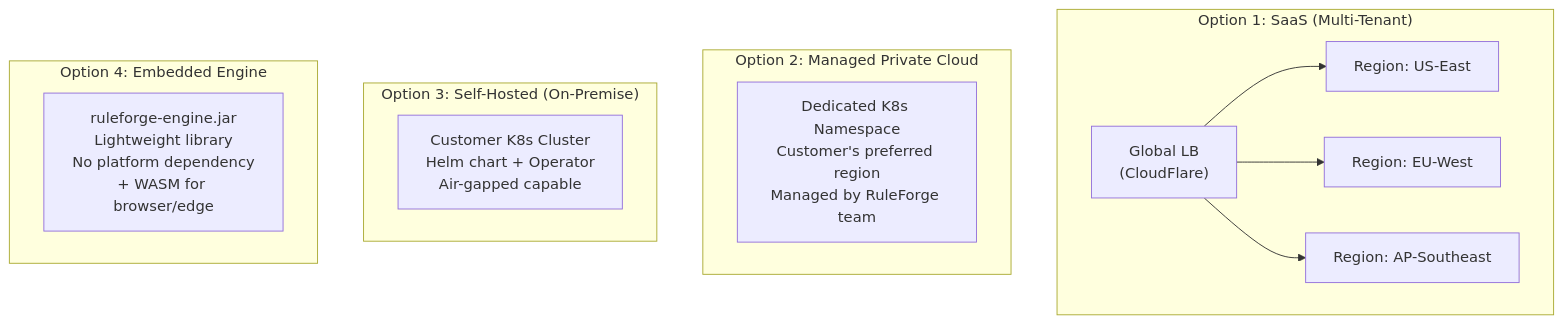
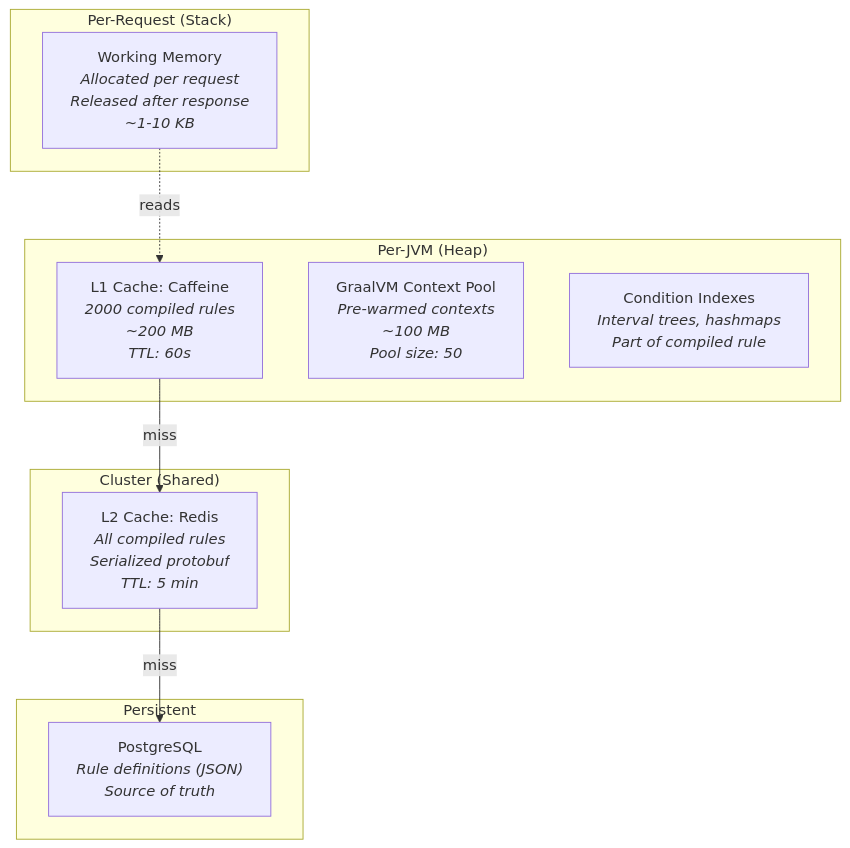
Before and after one commit to simbataisa/Ruleforge: the seventh of 15 diagrams in docs/architecture/RuleForge-Architecture-v2.md, drawn with Mermaid. The commit also changed other lines of this file and 5 other files, not shown here.

Commit message:
docs(architecture): organize guides and consolidate change tracking

````diff
--- a/docs/architecture/RuleForge-Architecture-v2.md
+++ b/docs/architecture/RuleForge-Architecture-v2.md
@@ -1113,22 +531,24 @@
 ```mermaid
 graph TB
-    subgraph "Option 1: SaaS (Multi-Tenant)"
-        SAAS_LB["Global LB<br/>(CloudFlare)"]
-        SAAS_R1["Region: US-East"]
-        SAAS_R2["Region: EU-West"]
-        SAAS_R3["Region: AP-Southeast"]
-        SAAS_LB --> SAAS_R1 & SAAS_R2 & SAAS_R3
+    subgraph "Per-Request (Stack)"
+        WM_REQ["Working Memory<br/><i>Allocated per request<br/>Released after response<br/>~1-10 KB</i>"]
     end
 
-    subgraph "Option 2: Managed Private Cloud"
-        MPC["Dedicated K8s Namespace<br/>Customer's preferred region<br/>Managed by RuleForge team"]
+    subgraph "Per-JVM (Heap)"
+        L1["L1 Cache: Caffeine<br/><i>2000 compiled rules<br/>~200 MB<br/>TTL: 60s</i>"]
+        CTX_POOL["GraalVM Context Pool<br/><i>Pre-warmed contexts<br/>~100 MB<br/>Pool size: 50</i>"]
+        IDX["Condition Indexes<br/><i>Interval trees, hashmaps<br/>Part of compiled rule</i>"]
     end
 
-    subgraph "Option 3: Self-Hosted (On-Premise)"
-        ONPREM["Customer K8s Cluster<br/>Helm chart + Operator<br/>Air-gapped capable"]
+    subgraph "Cluster (Shared)"
+        L2["L2 Cache: Redis<br/><i>All compiled rules<br/>Serialized protobuf<br/>TTL: 5 min</i>"]
     end
 
-    subgraph "Option 4: Embedded Engine"
-        EMBED["ruleforge-engine.jar<br/>Lightweight library<br/>No platform dependency<br/>+ WASM for browser/edge"]
+    subgraph "Persistent"
+        DB["PostgreSQL<br/><i>Rule definitions (JSON)<br/>Source of truth</i>"]
     end
+
+    WM_REQ -.->|"reads"| L1
+    L1 -->|"miss"| L2
+    L2 -->|"miss"| DB
 ```
````
